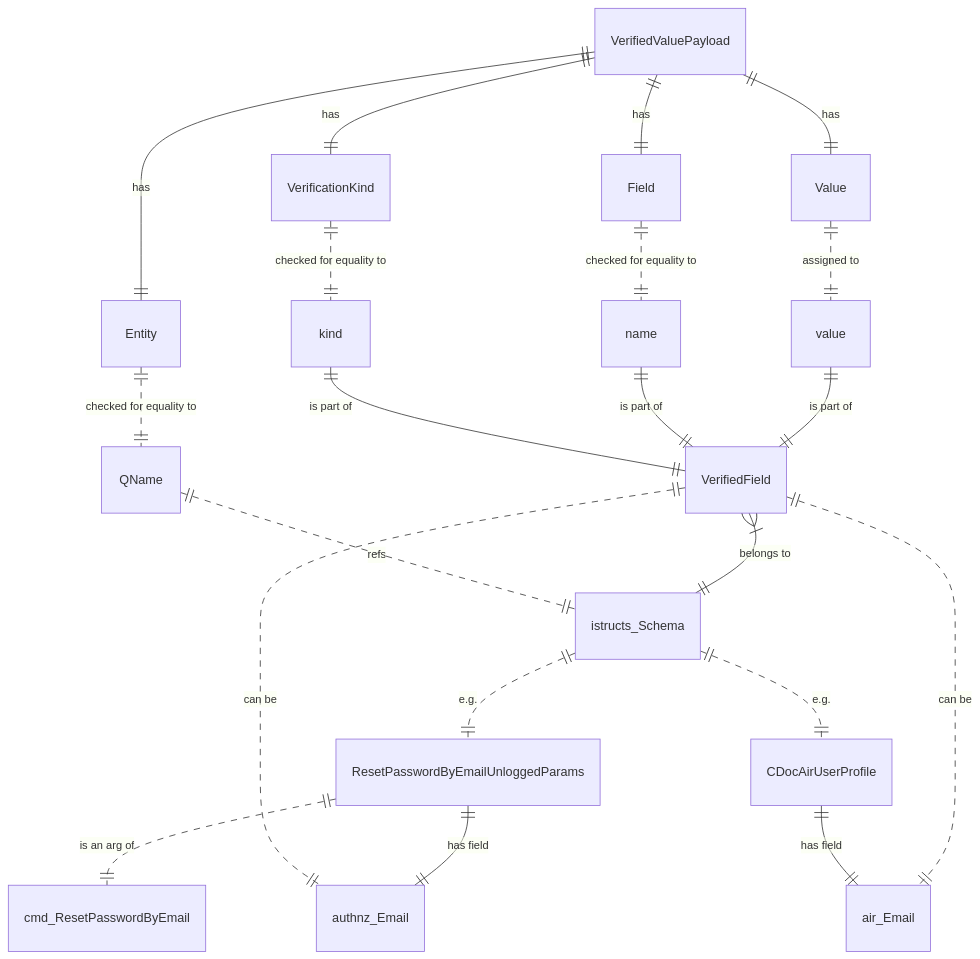
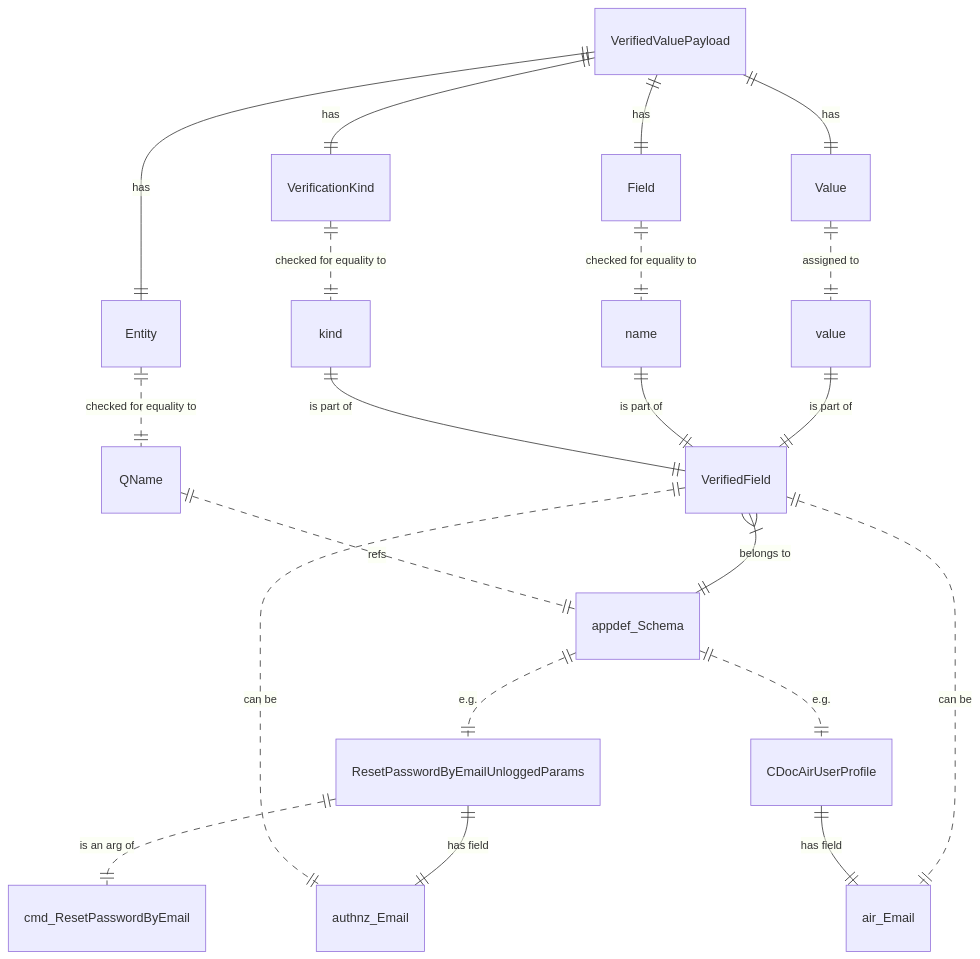
One commit to voedger/voedger changed the fifth of 5 diagrams in design/verifiable-fields/README.md. Above: the diagram before and after it, drawn with Mermaid. The commit also changed other lines of this file and 94 other files, not shown here.

Commit message:
rename `SchemaCache` to `IAppDef`

````diff
--- a/design/verifiable-fields/README.md
+++ b/design/verifiable-fields/README.md
@@ -153,30 +153,30 @@
 ```mermaid
 erDiagram
 
 VerifiedValuePayload ||--|| VerificationKind: has
 VerifiedValuePayload ||--|| Entity: has
 VerifiedValuePayload ||--|| Field: has
 VerifiedValuePayload ||--|| Value: has
 
 VerificationKind ||..|| kind: "checked for equality to"
 Value ||..|| value: "assigned to"
 Entity ||..|| QName: "checked for equality to"
 Field ||..|| name: "checked for equality to"
 
 
 value ||--|| VerifiedField: "is part of"
 name ||--|| VerifiedField: "is part of"
 kind ||--|| VerifiedField: "is part of"
 
-VerifiedField }|--|| istructs_Schema: "belongs to"
-QName ||..|| istructs_Schema: "refs"
+VerifiedField }|--|| appdef_Schema: "belongs to"
+QName ||..|| appdef_Schema: "refs"
 
-istructs_Schema ||..|| ResetPasswordByEmailUnloggedParams: "e.g."
-istructs_Schema ||..|| CDocAirUserProfile: "e.g."
+appdef_Schema ||..|| ResetPasswordByEmailUnloggedParams: "e.g."
+appdef_Schema ||..|| CDocAirUserProfile: "e.g."
 
 ResetPasswordByEmailUnloggedParams ||--|| authnz_Email: "has field"
 VerifiedField ||..|| air_Email: "can be"
 VerifiedField ||..|| authnz_Email: "can be"
 CDocAirUserProfile ||--|| air_Email: "has field"
 ResetPasswordByEmailUnloggedParams ||..|| cmd_ResetPasswordByEmail: "is an arg of"
 ```
````
